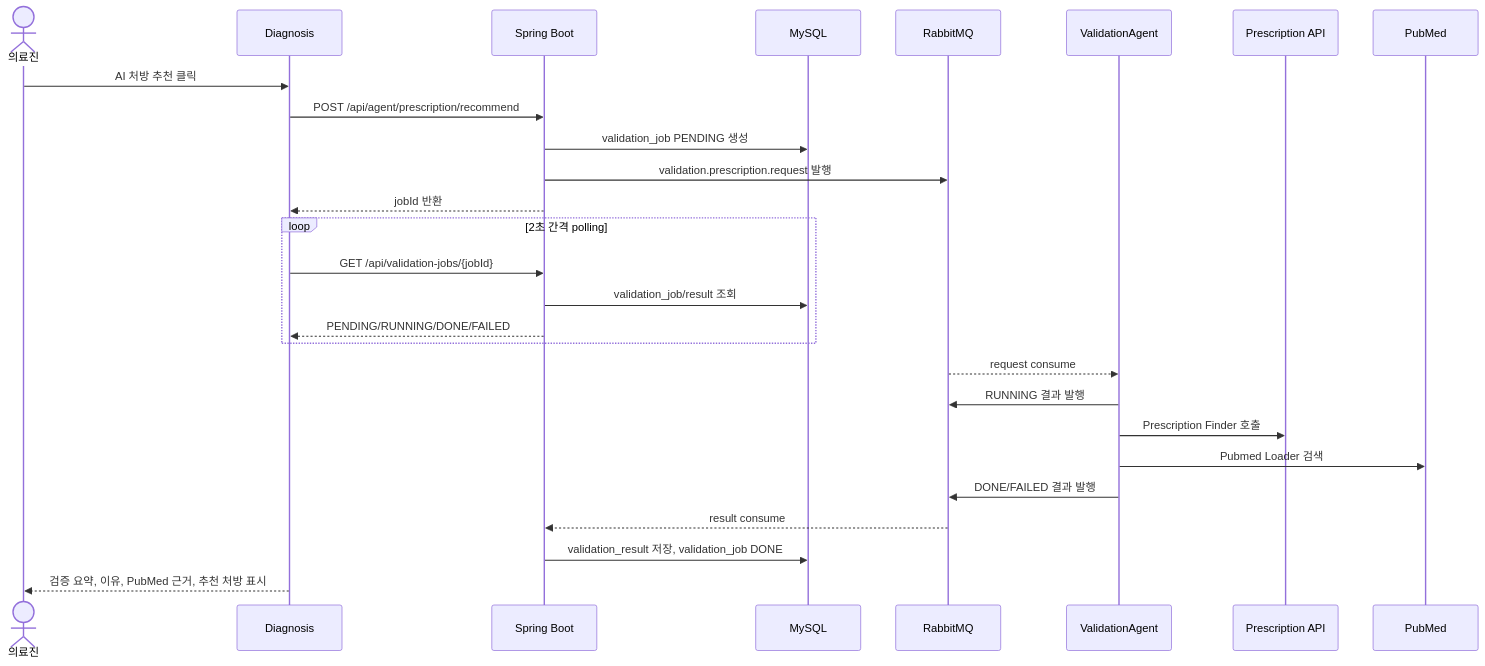
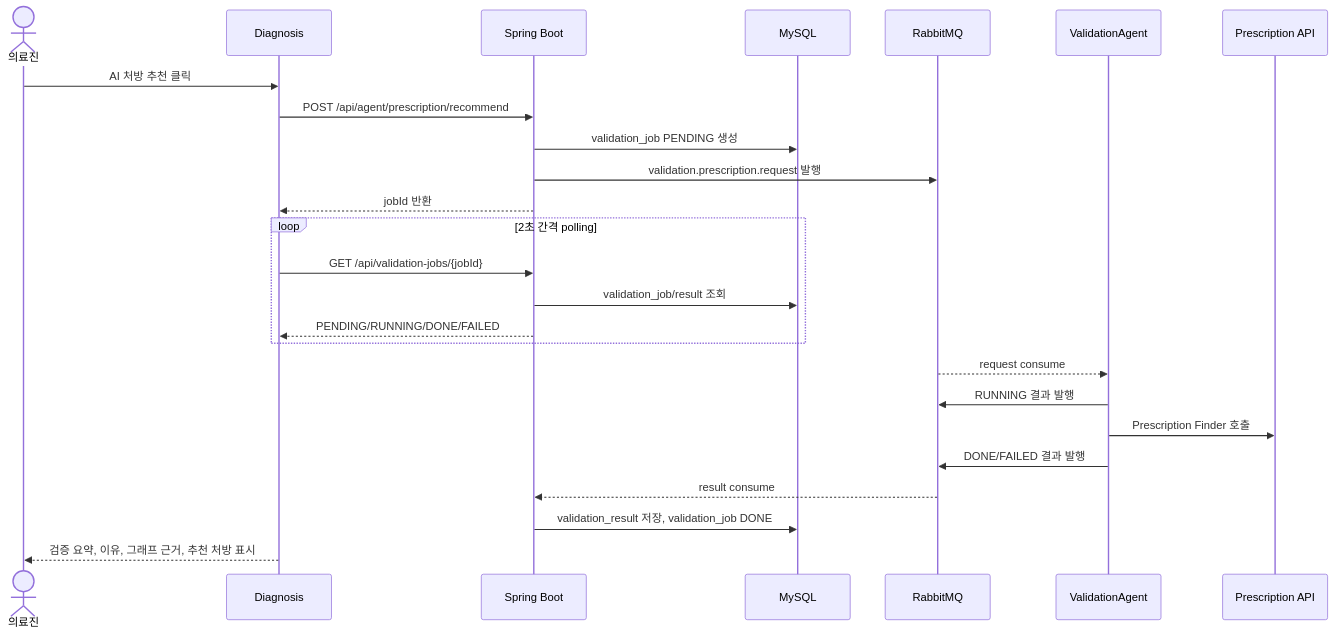
Before and after one commit to kjbddo/bitcomputer-emr: the fifth of 7 diagrams in Docs/02-user-flows.md, drawn with Mermaid. The commit also changed other lines of this file and 7 other files, not shown here.

First line of the commit message:
docs: PubMed 제거·합성 케이스·PSPNet 기본값을 문서에 반영한다

````diff
--- a/Docs/02-user-flows.md
+++ b/Docs/02-user-flows.md
@@ -105,32 +105,30 @@
 ```mermaid
 sequenceDiagram
   actor Doctor as 의료진
   participant FE as Diagnosis
   participant Spring as Spring Boot
   participant DB as MySQL
   participant RMQ as RabbitMQ
   participant Val as ValidationAgent
   participant Rx as Prescription API
-  participant PubMed as PubMed
 
   Doctor->>FE: AI 처방 추천 클릭
   FE->>Spring: POST /api/agent/prescription/recommend
   Spring->>DB: validation_job PENDING 생성
   Spring->>RMQ: validation.prescription.request 발행
   Spring-->>FE: jobId 반환
 
   loop 2초 간격 polling
     FE->>Spring: GET /api/validation-jobs/{jobId}
     Spring->>DB: validation_job/result 조회
     Spring-->>FE: PENDING/RUNNING/DONE/FAILED
   end
 
   RMQ-->>Val: request consume
   Val->>RMQ: RUNNING 결과 발행
   Val->>Rx: Prescription Finder 호출
-  Val->>PubMed: Pubmed Loader 검색
   Val->>RMQ: DONE/FAILED 결과 발행
   RMQ-->>Spring: result consume
   Spring->>DB: validation_result 저장, validation_job DONE
-  FE-->>Doctor: 검증 요약, 이유, PubMed 근거, 추천 처방 표시
+  FE-->>Doctor: 검증 요약, 이유, 그래프 근거, 추천 처방 표시
 ```
````
